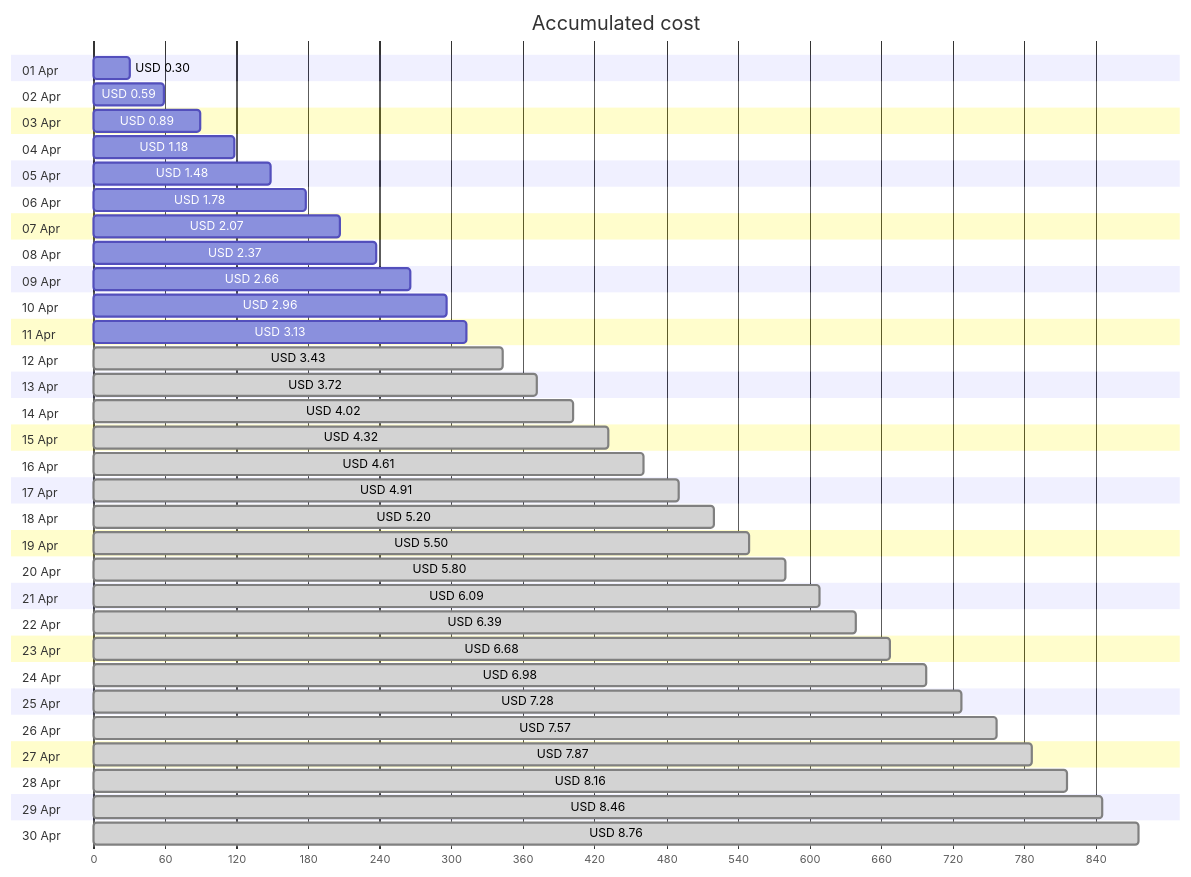
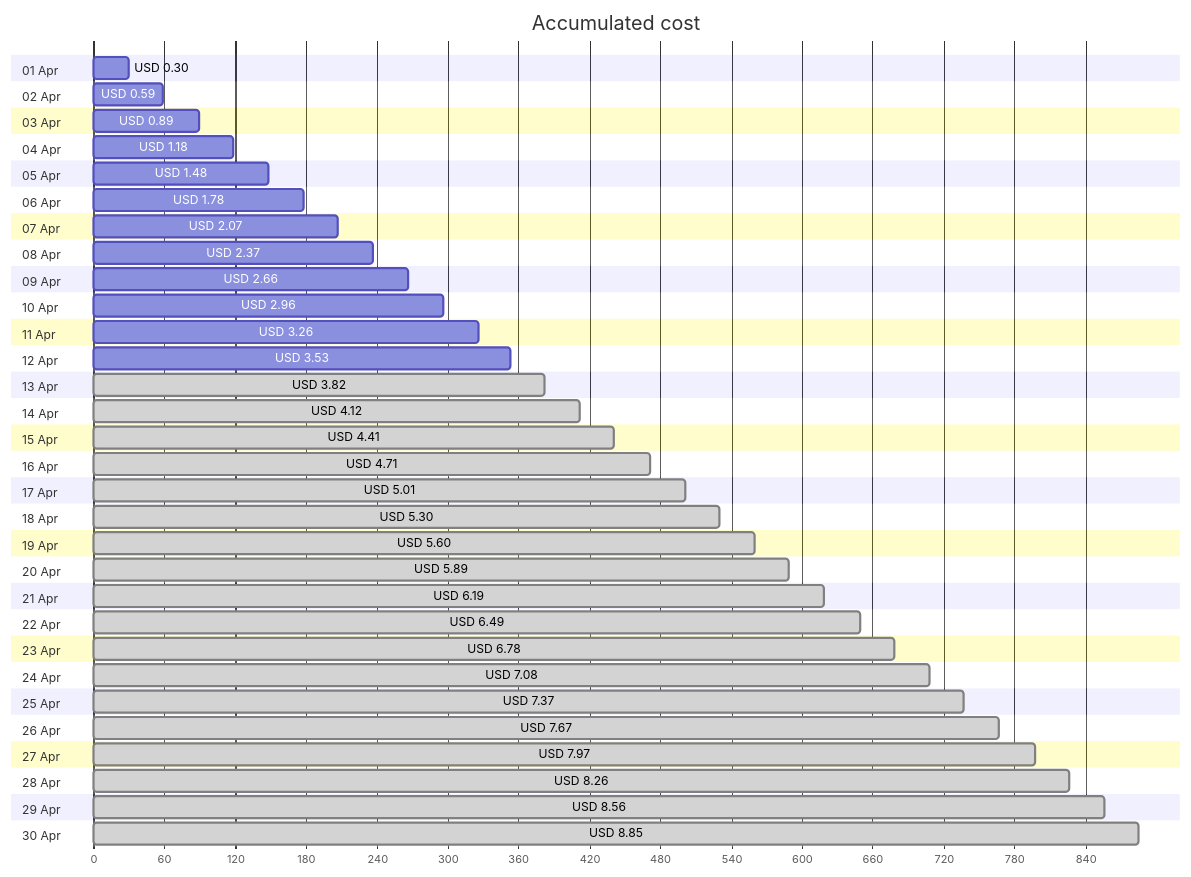
Before and after one commit to jpfulton/azure-personal-reports: the first of 4 diagrams in cost-reports/personal-site/personal-site-preview.md, drawn with Mermaid. The commit also changed other lines of this file and 6 other files, not shown here.

````diff
--- a/cost-reports/personal-site/personal-site-preview.md
+++ b/cost-reports/personal-site/personal-site-preview.md
@@ -20,66 +20,66 @@
 ```mermaid
 gantt
    title Accumulated cost
    dateFormat  X
    axisFormat %s
    section 01 Apr
    USD 0.30 :0, 30
    section 02 Apr
    USD 0.59 :0, 59
    section 03 Apr
    USD 0.89 :0, 89
    section 04 Apr
    USD 1.18 :0, 118
    section 05 Apr
    USD 1.48 :0, 148
    section 06 Apr
    USD 1.78 :0, 178
    section 07 Apr
    USD 2.07 :0, 207
    section 08 Apr
    USD 2.37 :0, 237
    section 09 Apr
    USD 2.66 :0, 266
    section 10 Apr
    USD 2.96 :0, 296
    section 11 Apr
-   USD 3.13 :0, 313
+   USD 3.26 :0, 326
    section 12 Apr
-   USD 3.43 : done, 0, 343
+   USD 3.53 :0, 353
    section 13 Apr
-   USD 3.72 : done, 0, 372
+   USD 3.82 : done, 0, 382
    section 14 Apr
-   USD 4.02 : done, 0, 402
+   USD 4.12 : done, 0, 412
    section 15 Apr
-   USD 4.32 : done, 0, 432
+   USD 4.41 : done, 0, 441
    section 16 Apr
-   USD 4.61 : done, 0, 461
+   USD 4.71 : done, 0, 471
    section 17 Apr
-   USD 4.91 : done, 0, 491
+   USD 5.01 : done, 0, 501
    section 18 Apr
-   USD 5.20 : done, 0, 520
+   USD 5.30 : done, 0, 530
    section 19 Apr
-   USD 5.50 : done, 0, 550
+   USD 5.60 : done, 0, 560
    section 20 Apr
-   USD 5.80 : done, 0, 580
+   USD 5.89 : done, 0, 589
    section 21 Apr
-   USD 6.09 : done, 0, 609
+   USD 6.19 : done, 0, 619
    section 22 Apr
-   USD 6.39 : done, 0, 639
+   USD 6.49 : done, 0, 649
    section 23 Apr
-   USD 6.68 : done, 0, 668
+   USD 6.78 : done, 0, 678
    section 24 Apr
-   USD 6.98 : done, 0, 698
+   USD 7.08 : done, 0, 708
    section 25 Apr
-   USD 7.28 : done, 0, 728
+   USD 7.37 : done, 0, 737
    section 26 Apr
-   USD 7.57 : done, 0, 757
+   USD 7.67 : done, 0, 767
    section 27 Apr
-   USD 7.87 : done, 0, 787
+   USD 7.97 : done, 0, 797
    section 28 Apr
-   USD 8.16 : done, 0, 816
+   USD 8.26 : done, 0, 826
    section 29 Apr
-   USD 8.46 : done, 0, 846
+   USD 8.56 : done, 0, 856
    section 30 Apr
-   USD 8.76 : done, 0, 876
+   USD 8.85 : done, 0, 885
 ```
````
